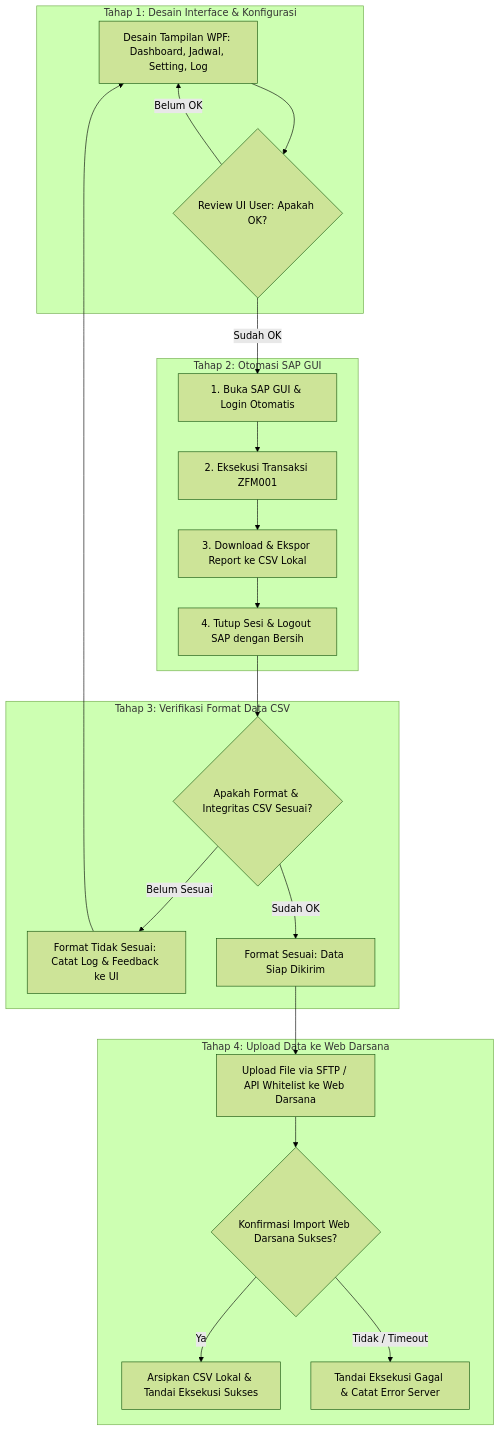
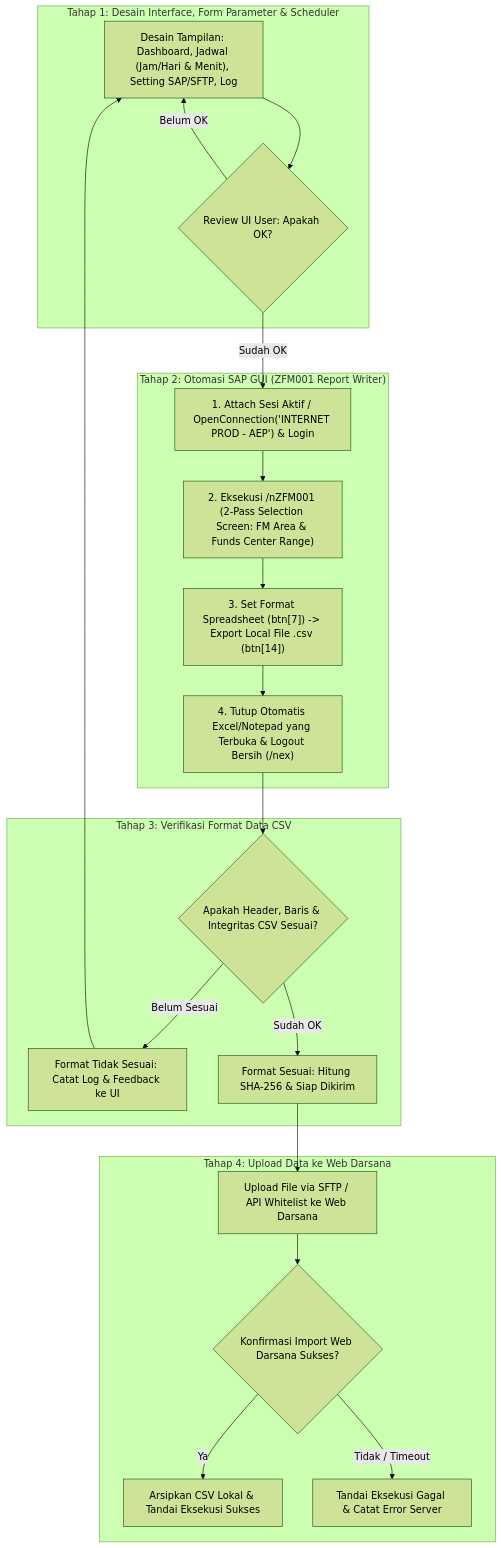
One commit to kknida/atlaz changed the diagram in issue.md. Above: the diagram before and after it, drawn with Mermaid (forest theme). The commit also changed other lines of this file, not shown here.

````diff
--- a/issue.md
+++ b/issue.md
@@ -46,40 +46,40 @@
 ```mermaid
 flowchart TD
-    subgraph Tahap1["Tahap 1: Desain Interface & Konfigurasi"]
-        UI_Design[Desain Tampilan WPF: Dashboard, Jadwal, Setting, Log]
+    subgraph Tahap1["Tahap 1: Desain Interface, Form Parameter & Scheduler"]
+        UI_Design["Desain Tampilan: Dashboard, Jadwal (Jam/Hari & Menit), Setting SAP/SFTP, Log"]
         UI_Review{Review UI User: Apakah OK?}
     end
 
-    subgraph Tahap2["Tahap 2: Otomasi SAP GUI"]
-        SAP_Login[1. Buka SAP GUI & Login Otomatis]
-        SAP_Trans[2. Eksekusi Transaksi ZFM001]
-        SAP_Download[3. Download & Ekspor Report ke CSV Lokal]
-        SAP_Logout[4. Tutup Sesi & Logout SAP dengan Bersih]
+    subgraph Tahap2["Tahap 2: Otomasi SAP GUI (ZFM001 Report Writer)"]
+        SAP_Connect["1. Attach Sesi Aktif / OpenConnection('INTERNET PROD - AEP') & Login"]
+        SAP_Trans["2. Eksekusi /nZFM001 (2-Pass Selection Screen: FM Area & Funds Center Range)"]
+        SAP_Download["3. Set Format Spreadsheet (btn[7]) -> Export Local File .csv (btn[14])"]
+        SAP_CloseViewer["4. Tutup Otomatis Excel/Notepad yang Terbuka & Logout Bersih (/nex)"]
     end
 
     subgraph Tahap3["Tahap 3: Verifikasi Format Data CSV"]
-        CSV_Check{Apakah Format & Integritas CSV Sesuai?}
+        CSV_Check{Apakah Header, Baris & Integritas CSV Sesuai?}
         CSV_Fail[Format Tidak Sesuai: Catat Log & Feedback ke UI]
-        CSV_Pass[Format Sesuai: Data Siap Dikirim]
+        CSV_Pass[Format Sesuai: Hitung SHA-256 & Siap Dikirim]
     end
 
     subgraph Tahap4["Tahap 4: Upload Data ke Web Darsana"]
         Upload[Upload File via SFTP / API Whitelist ke Web Darsana]
         Server_Ack{Konfirmasi Import Web Darsana Sukses?}
         Done_Success[Arsipkan CSV Lokal & Tandai Eksekusi Sukses]
         Done_Failed[Tandai Eksekusi Gagal & Catat Error Server]
     end
 
     UI_Design --> UI_Review
     UI_Review -- Belum OK --> UI_Design
-    UI_Review -- Sudah OK --> SAP_Login
+    UI_Review -- Sudah OK --> SAP_Connect
 
-    SAP_Login --> SAP_Trans --> SAP_Download --> SAP_Logout --> CSV_Check
+    SAP_Connect --> SAP_Trans --> SAP_Download --> SAP_CloseViewer --> CSV_Check
 
     CSV_Check -- Belum Sesuai --> CSV_Fail --> UI_Design
     CSV_Check -- Sudah OK --> CSV_Pass --> Upload
 
     Upload --> Server_Ack
     Server_Ack -- Ya --> Done_Success
     Server_Ack -- Tidak / Timeout --> Done_Failed
 ```
````
